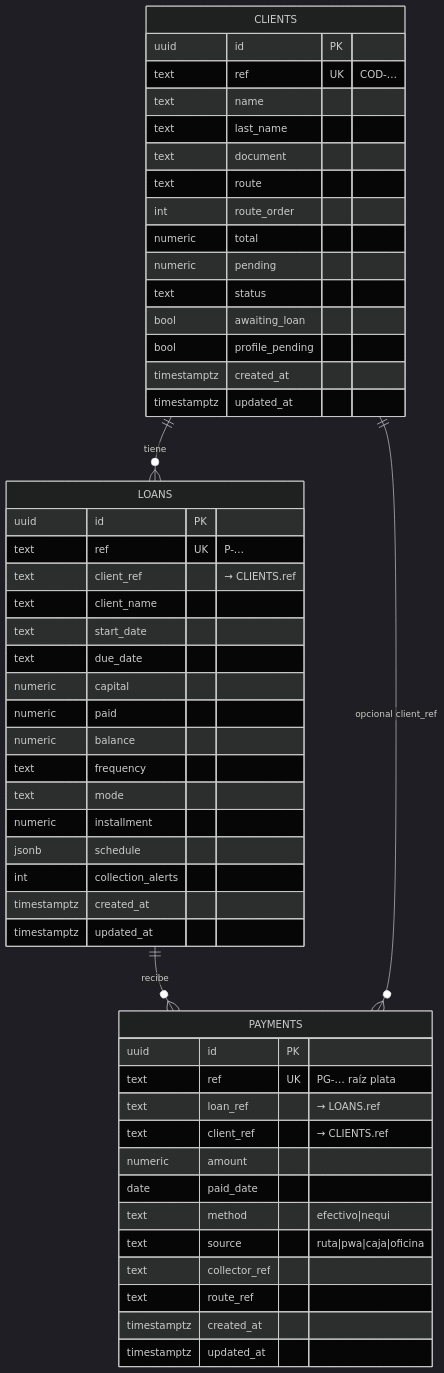
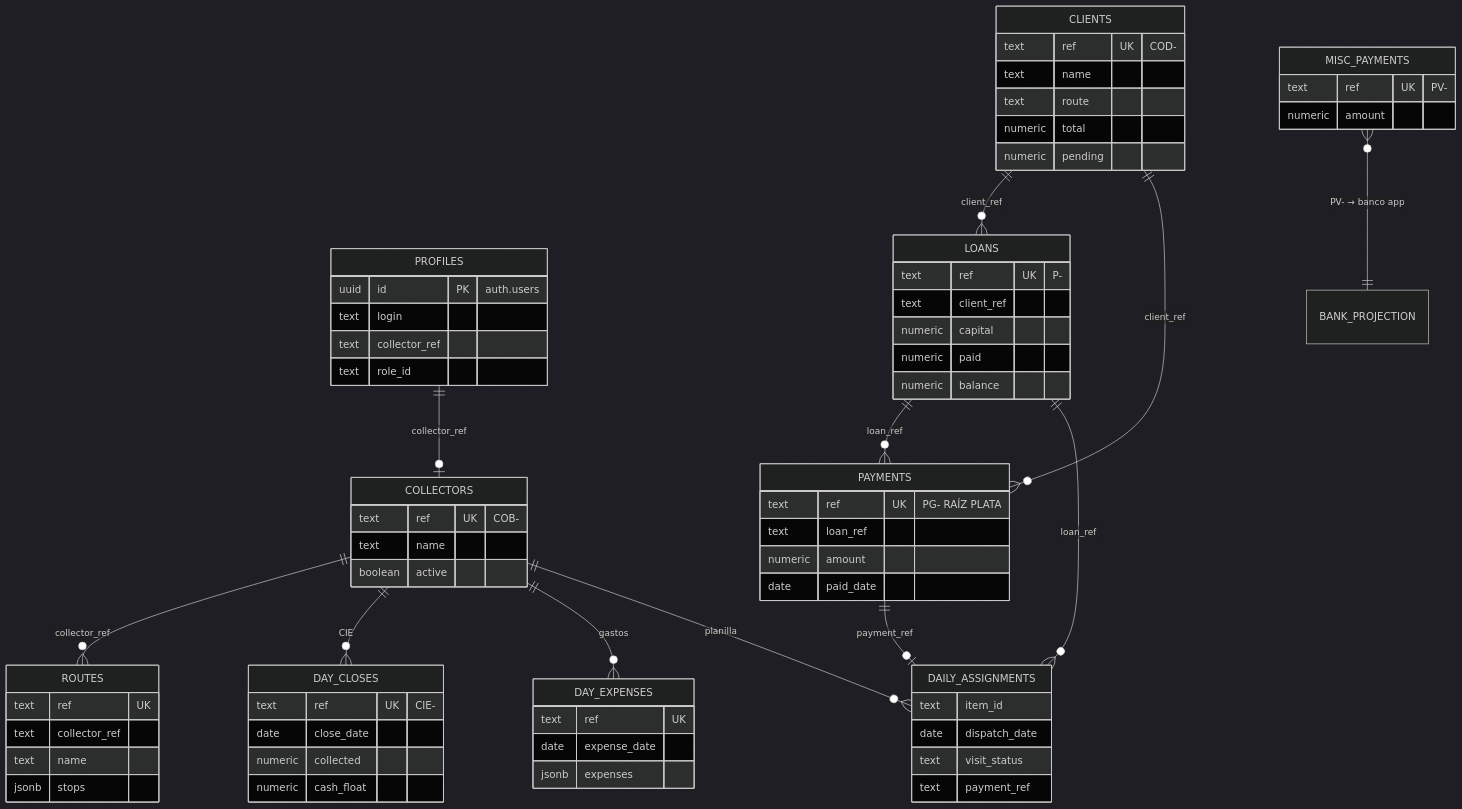
Before and after one commit to jhonperez18/prestamo-y-cobranza: the first of 2 diagrams in docs/supabase-schema.md, drawn with Mermaid (dark theme). The commit also changed other lines of this file and 7 other files, not shown here.

First line of the commit message:
Raise the ops schema to a full shared domain with CIE, routes, and planilla sync.

````diff
--- a/docs/supabase-schema.md
+++ b/docs/supabase-schema.md
@@ -12,57 +11,73 @@
 ```mermaid
 erDiagram
-  CLIENTS ||--o{ LOANS : "tiene"
-  LOANS ||--o{ PAYMENTS : "recibe"
-  CLIENTS ||--o{ PAYMENTS : "opcional client_ref"
+  PROFILES ||--o| COLLECTORS : "collector_ref"
+  COLLECTORS ||--o{ ROUTES : "collector_ref"
+  CLIENTS ||--o{ LOANS : "client_ref"
+  LOANS ||--o{ PAYMENTS : "loan_ref"
+  CLIENTS ||--o{ PAYMENTS : "client_ref"
+  COLLECTORS ||--o{ DAY_CLOSES : "CIE"
+  COLLECTORS ||--o{ DAY_EXPENSES : "gastos"
+  COLLECTORS ||--o{ DAILY_ASSIGNMENTS : "planilla"
+  LOANS ||--o{ DAILY_ASSIGNMENTS : "loan_ref"
+  PAYMENTS ||--o| DAILY_ASSIGNMENTS : "payment_ref"
+  MISC_PAYMENTS }o--|| BANK_PROJECTION : "PV- → banco app"
 
   CLIENTS {
-    uuid id PK
-    text ref UK "COD-…"
+    text ref UK "COD-"
     text name
-    text last_name
-    text document
     text route
-    int route_order
     numeric total
     numeric pending
-    text status
-    bool awaiting_loan
-    bool profile_pending
-    timestamptz created_at
-    timestamptz updated_at
   }
-
   LOANS {
-    uuid id PK
-    text ref UK "P-…"
-    text client_ref "→ CLIENTS.ref"
-    text client_name
-    text start_date
-    text due_date
+    text ref UK "P-"
+    text client_ref
     numeric capital
     numeric paid
     numeric balance
-    text frequency
-    text mode
-    numeric installment
-    jsonb schedule
-    int collection_alerts
-    timestamptz created_at
-    timestamptz updated_at
   }
-
   PAYMENTS {
-    uuid id PK
-    text ref UK "PG-… raíz plata"
-    text loan_ref "→ LOANS.ref"
-    text client_ref "→ CLIENTS.ref"
+    text ref UK "PG- RAÍZ PLATA"
+    text loan_ref
     numeric amount
     date paid_date
-    text method "efectivo|nequi"
-    text source "ruta|pwa|caja|oficina"
+  }
+  COLLECTORS {
+    text ref UK "COB-"
+    text name
+    boolean active
+  }
+  ROUTES {
+    text ref UK
     text collector_ref
-    text route_ref
-    timestamptz created_at
-    timestamptz updated_at
+    text name
+    jsonb stops
+  }
+  DAY_CLOSES {
+    text ref UK "CIE-"
+    date close_date
+    numeric collected
+    numeric cash_float
+  }
+  DAY_EXPENSES {
+    text ref UK
+    date expense_date
+    jsonb expenses
+  }
+  DAILY_ASSIGNMENTS {
+    text item_id
+    date dispatch_date
+    text visit_status
+    text payment_ref
+  }
+  MISC_PAYMENTS {
+    text ref UK "PV-"
+    numeric amount
+  }
+  PROFILES {
+    uuid id PK "auth.users"
+    text login
+    text collector_ref
+    text role_id
   }
 ```
````
